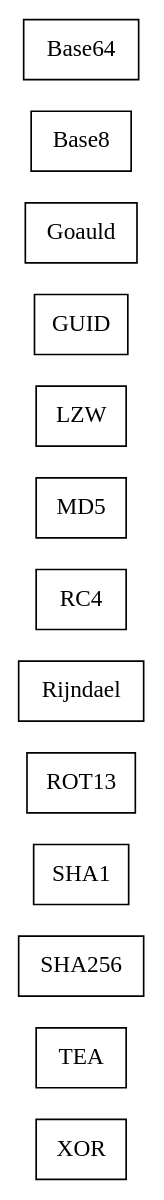
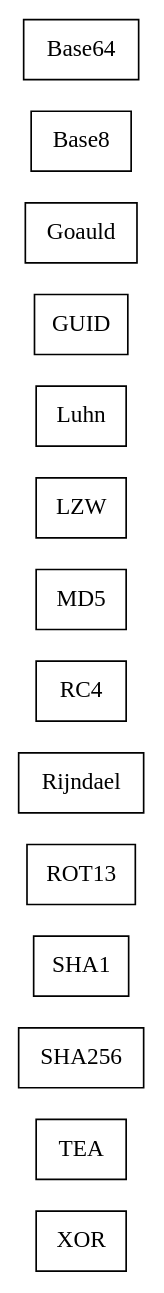
Before and after one commit to sekati/sasapi: the diagram in docs/com/sekati/crypt/classes.dot, drawn with Graphviz. The commit also changed 64 other files, not shown here.

```diff
--- a/docs/com/sekati/crypt/classes.dot
+++ b/docs/com/sekati/crypt/classes.dot
@@ -1,81 +1,87 @@
 strict digraph class_diagram {
   rankdir=LR;
   TypeXOR[
     label="XOR",
     URL="XOR.html",
     tooltip="com.sekati.crypt.XOR",
     shape="record"
   ];
   TypeTEA[
     label="TEA",
     URL="TEA.html",
     tooltip="com.sekati.crypt.TEA",
     shape="record"
   ];
   TypeSHA256[
     label="SHA256",
     URL="SHA256.html",
     tooltip="com.sekati.crypt.SHA256",
     shape="record"
   ];
   TypeSHA1[
     label="SHA1",
     URL="SHA1.html",
     tooltip="com.sekati.crypt.SHA1",
     shape="record"
   ];
   TypeROT13[
     label="ROT13",
     URL="ROT13.html",
     tooltip="com.sekati.crypt.ROT13",
     shape="record"
   ];
   TypeRijndael[
     label="Rijndael",
     URL="Rijndael.html",
     tooltip="com.sekati.crypt.Rijndael",
     shape="record"
   ];
   TypeRC4[
     label="RC4",
     URL="RC4.html",
     tooltip="com.sekati.crypt.RC4",
     shape="record"
   ];
   TypeMD5[
     label="MD5",
     URL="MD5.html",
     tooltip="com.sekati.crypt.MD5",
     shape="record"
   ];
   TypeLZW[
     label="LZW",
     URL="LZW.html",
     tooltip="com.sekati.crypt.LZW",
     shape="record"
   ];
+  TypeLuhn[
+    label="Luhn",
+    URL="Luhn.html",
+    tooltip="com.sekati.crypt.Luhn",
+    shape="record"
+  ];
   TypeGUID[
     label="GUID",
     URL="GUID.html",
     tooltip="com.sekati.crypt.GUID",
     shape="record"
   ];
   TypeGoauld[
     label="Goauld",
     URL="Goauld.html",
     tooltip="com.sekati.crypt.Goauld",
     shape="record"
   ];
   TypeBase8[
     label="Base8",
     URL="Base8.html",
     tooltip="com.sekati.crypt.Base8",
     shape="record"
   ];
   TypeBase64[
     label="Base64",
     URL="Base64.html",
     tooltip="com.sekati.crypt.Base64",
     shape="record"
   ];
 }
```
